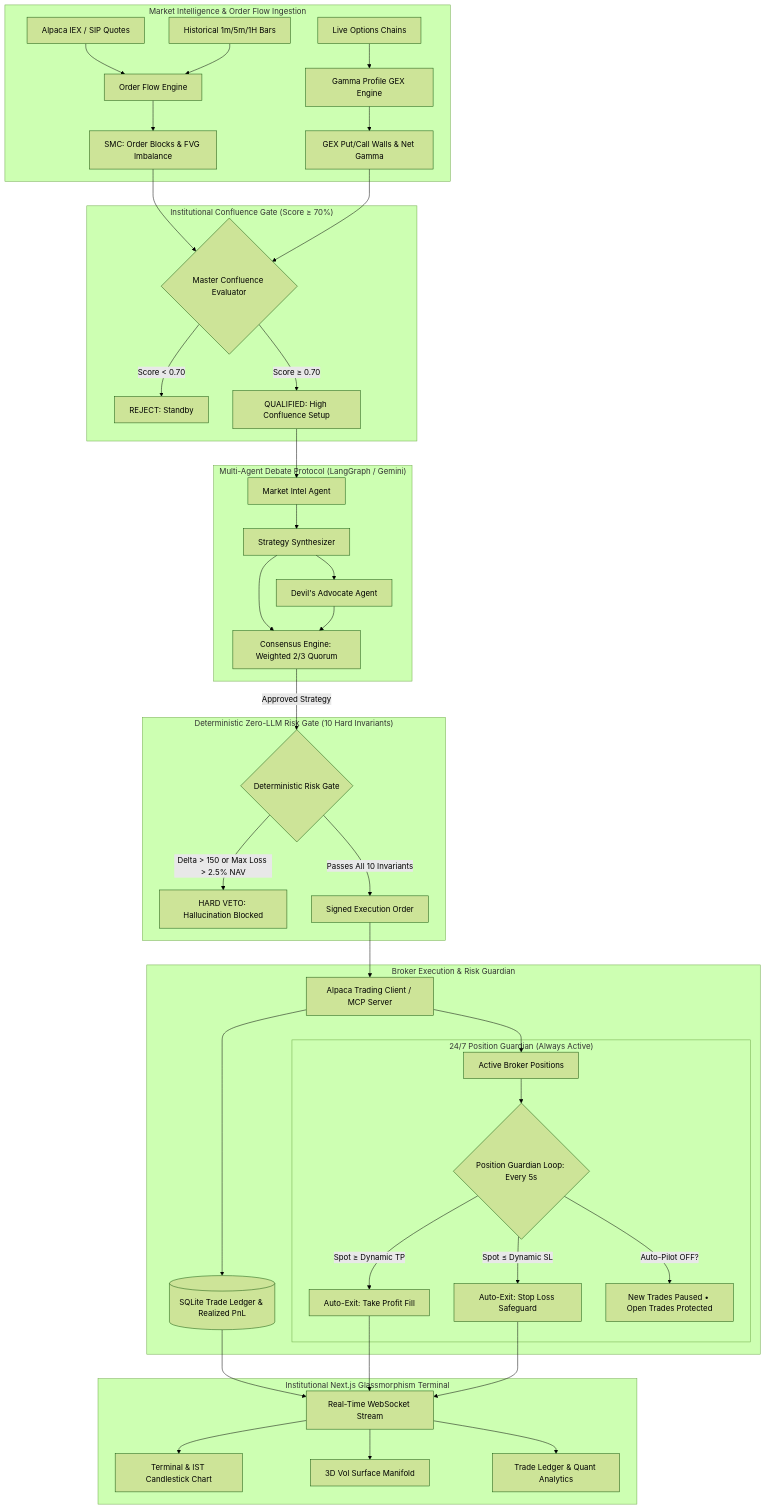
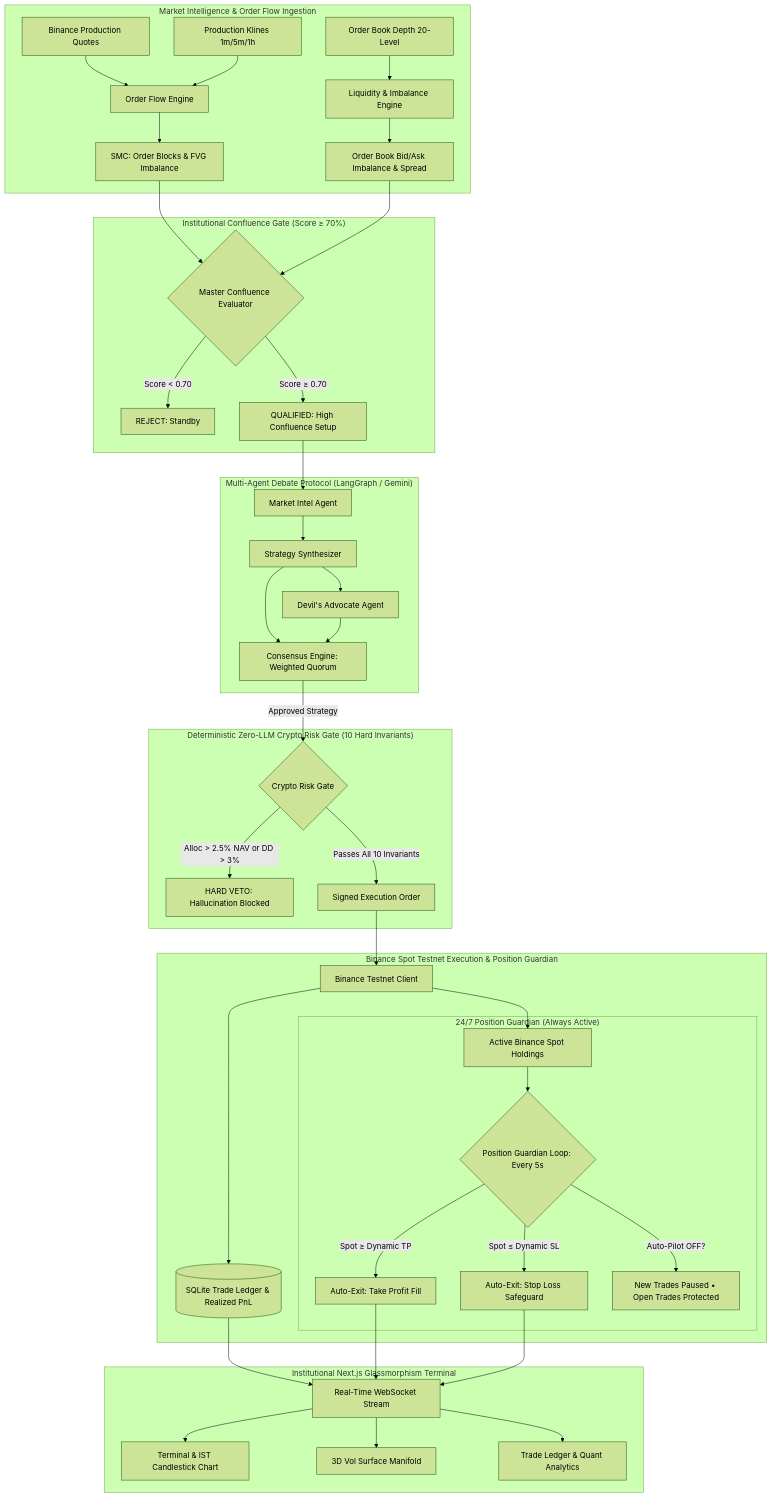
Before and after one commit to d1vyom/VolHelix-AI: the diagram in README.md, drawn with Mermaid (forest theme). The commit also changed other lines of this file, not shown here.

Commit message:
docs(readme): rewrite README for Binance Crypto Spot dual-mode architecture

````diff
--- a/README.md
+++ b/README.md
@@ -39,49 +39,49 @@
 ```mermaid
 flowchart TB
     subgraph MarketData ["Market Intelligence & Order Flow Ingestion"]
-        A1[Alpaca IEX / SIP Quotes] --> B1[Order Flow Engine]
-        A2[Historical 1m/5m/1H Bars] --> B1
-        A3[Live Options Chains] --> B2[Gamma Profile GEX Engine]
+        A1[Binance Production Quotes] --> B1[Order Flow Engine]
+        A2[Production Klines 1m/5m/1h] --> B1
+        A3[Order Book Depth 20-Level] --> B2[Liquidity & Imbalance Engine]
         B1 --> B3[SMC: Order Blocks & FVG Imbalance]
-        B2 --> B4[GEX Put/Call Walls & Net Gamma]
+        B2 --> B4[Order Book Bid/Ask Imbalance & Spread]
     end
 
     subgraph ConfluenceGate ["Institutional Confluence Gate (Score ≥ 70%)"]
         B3 & B4 --> C1{Master Confluence Evaluator}
         C1 -->|Score < 0.70| C2[REJECT: Standby]
         C1 -->|Score ≥ 0.70| C3[QUALIFIED: High Confluence Setup]
     end
 
     subgraph AgentSwarm ["Multi-Agent Debate Protocol (LangGraph / Gemini)"]
         C3 --> D1[Market Intel Agent]
         D1 --> D2[Strategy Synthesizer]
         D2 --> D3[Devil's Advocate Agent]
-        D2 & D3 --> D4[Consensus Engine: Weighted 2/3 Quorum]
+        D2 & D3 --> D4[Consensus Engine: Weighted Quorum]
     end
 
-    subgraph RiskLayer ["Deterministic Zero-LLM Risk Gate (10 Hard Invariants)"]
-        D4 -->|Approved Strategy| E1{Deterministic Risk Gate}
-        E1 -->|Delta > 150 or Max Loss > 2.5% NAV| E2[HARD VETO: Hallucination Blocked]
+    subgraph RiskLayer ["Deterministic Zero-LLM Crypto Risk Gate (10 Hard Invariants)"]
+        D4 -->|Approved Strategy| E1{Crypto Risk Gate}
+        E1 -->|Alloc > 2.5% NAV or DD > 3%| E2[HARD VETO: Hallucination Blocked]
         E1 -->|Passes All 10 Invariants| E3[Signed Execution Order]
     end
 
-    subgraph ExecutionLayer ["Broker Execution & Risk Guardian"]
-        E3 --> F1[Alpaca Trading Client / MCP Server]
+    subgraph ExecutionLayer ["Binance Spot Testnet Execution & Position Guardian"]
+        E3 --> F1[Binance Testnet Client]
         F1 --> F2[(SQLite Trade Ledger & Realized PnL)]
-        F1 --> G1[Active Broker Positions]
+        F1 --> G1[Active Binance Spot Holdings]
         
         subgraph Guardian ["24/7 Position Guardian (Always Active)"]
             G1 --> H1{Position Guardian Loop: Every 5s}
             H1 -->|Spot ≥ Dynamic TP| H2[Auto-Exit: Take Profit Fill]
             H1 -->|Spot ≤ Dynamic SL| H3[Auto-Exit: Stop Loss Safeguard]
             H1 -->|Auto-Pilot OFF?| H4[New Trades Paused • Open Trades Protected]
         end
     end
 
     subgraph ClientUI ["Institutional Next.js Glassmorphism Terminal"]
         F2 & H2 & H3 --> I1[Real-Time WebSocket Stream]
         I1 --> I2[Terminal & IST Candlestick Chart]
         I1 --> I3[3D Vol Surface Manifold]
         I1 --> I4[Trade Ledger & Quant Analytics]
     end
 ```
````
